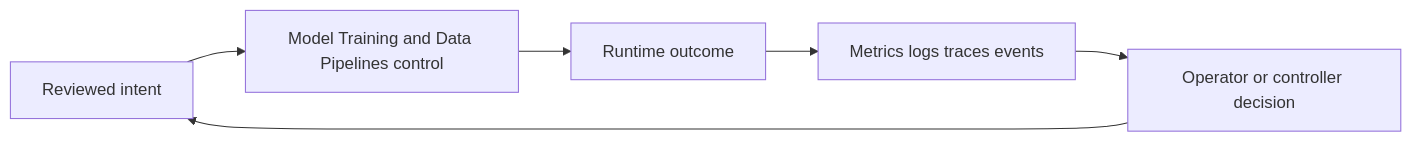
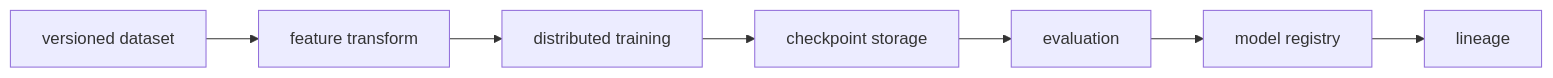
The diagram in docs/study/ai-platform/03-model-training-and-data-pipelines.md (m1mohamad/devops-sre-prep), drawn with Mermaid before and after one commit. The commit also changed other lines of this file and 61 other files, not shown here.

Commit message:
Replace generic architecture and study templates

````diff
--- a/docs/study/ai-platform/03-model-training-and-data-pipelines.md
+++ b/docs/study/ai-platform/03-model-training-and-data-pipelines.md
@@ -20,8 +15,4 @@
 ```mermaid
 flowchart LR
-  Intent[Reviewed intent] --> Control[Model Training and Data Pipelines control]
-  Control --> Runtime[Runtime outcome]
-  Runtime --> Signals[Metrics logs traces events]
-  Signals --> Decision[Operator or controller decision]
-  Decision --> Intent
+  N0[versioned dataset] --> N1[feature transform] --> N2[distributed training] --> N3[checkpoint storage] --> N4[evaluation] --> N5[model registry] --> N6[lineage]
 ```
````
